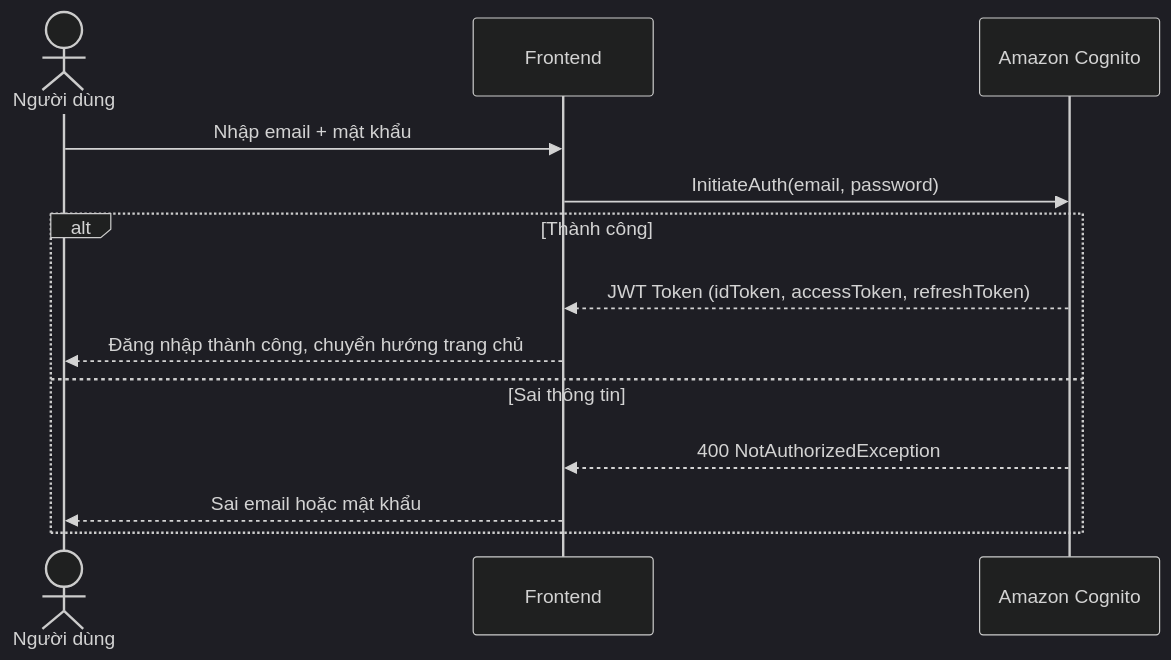
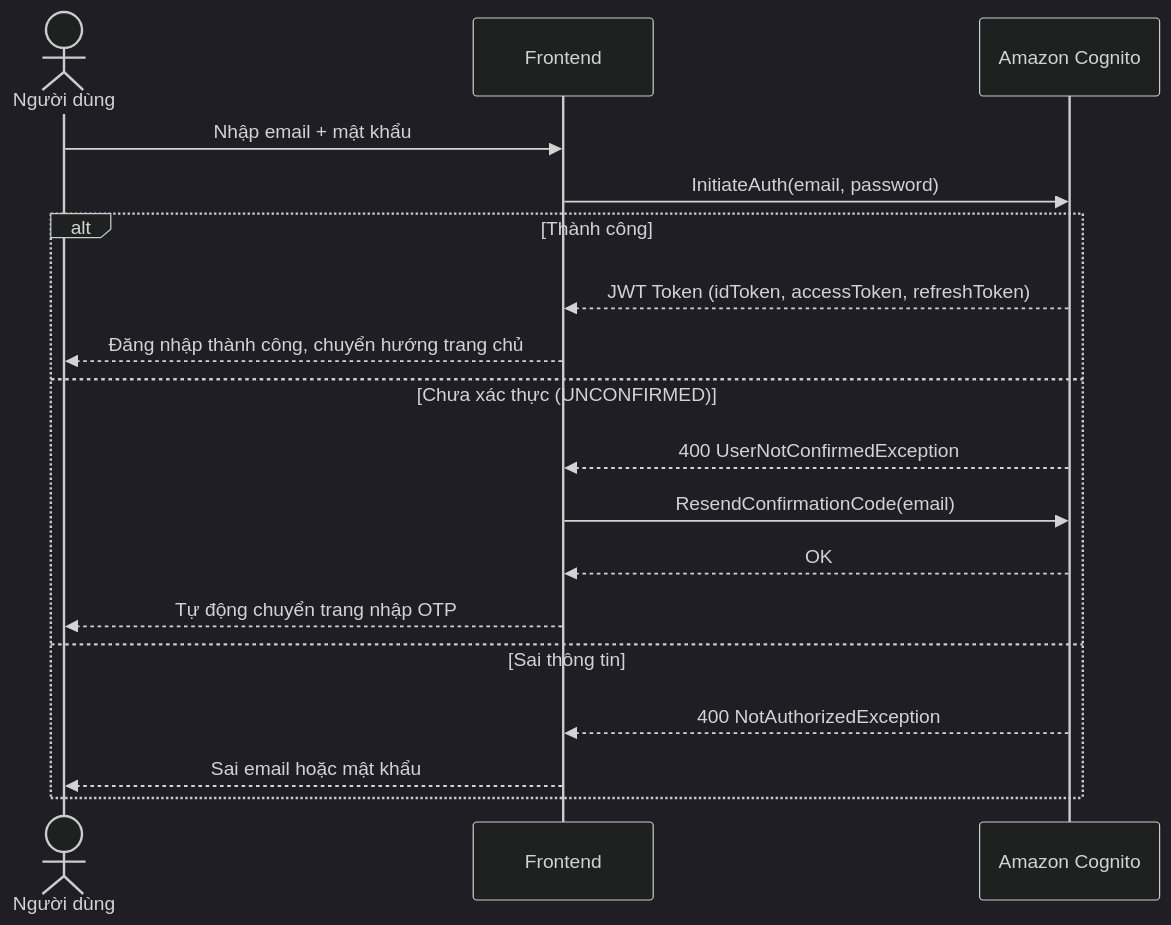
The fifth of 13 diagrams in docs/SRS.md (kentdoan/qr-attendance), drawn with Mermaid (dark theme) before and after one commit. The commit also changed other lines of this file, not shown here.

````diff
--- a/docs/SRS.md
+++ b/docs/SRS.md
@@ -210,17 +211,22 @@
 ```mermaid
 sequenceDiagram
     actor User as Người dùng
     participant FE as Frontend
     participant Cognito as Amazon Cognito
 
     User->>FE: Nhập email + mật khẩu
     FE->>Cognito: InitiateAuth(email, password)
 
     alt Thành công
         Cognito-->>FE: JWT Token (idToken, accessToken, refreshToken)
         FE-->>User: Đăng nhập thành công, chuyển hướng trang chủ
+    else Chưa xác thực (UNCONFIRMED)
+        Cognito-->>FE: 400 UserNotConfirmedException
+        FE->>Cognito: ResendConfirmationCode(email)
+        Cognito-->>FE: OK
+        FE-->>User: Tự động chuyển trang nhập OTP
     else Sai thông tin
         Cognito-->>FE: 400 NotAuthorizedException
         FE-->>User: Sai email hoặc mật khẩu
     end
 ```
````
